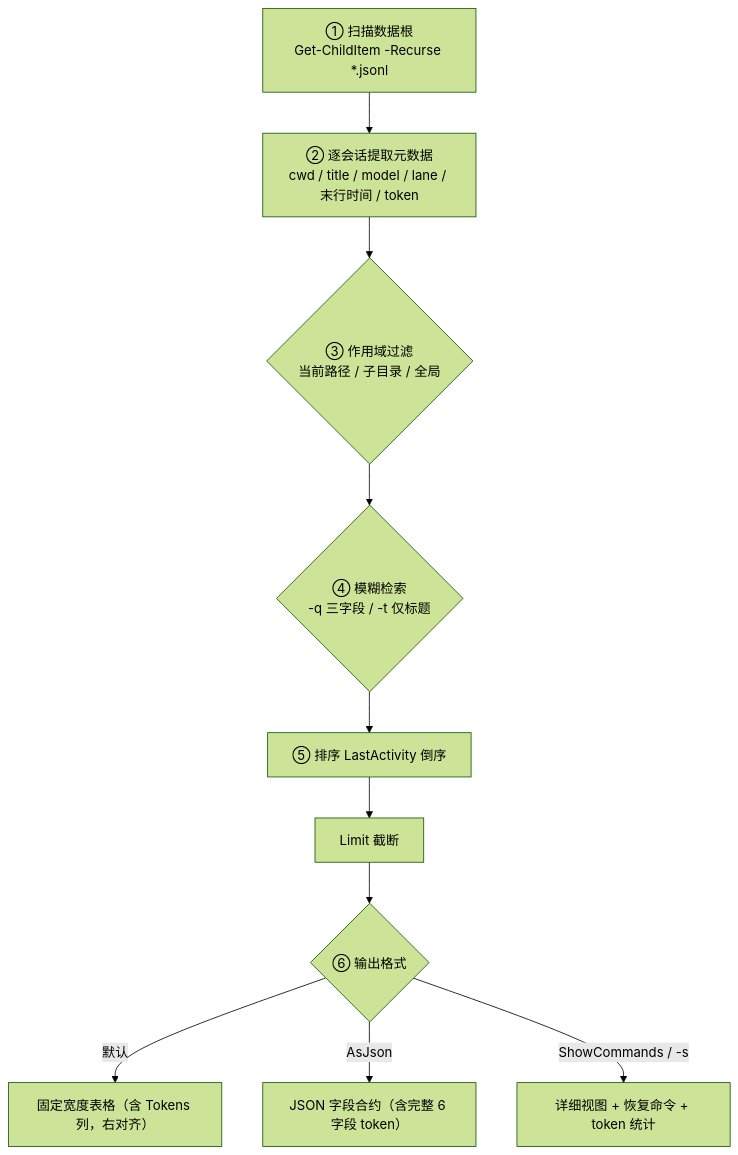
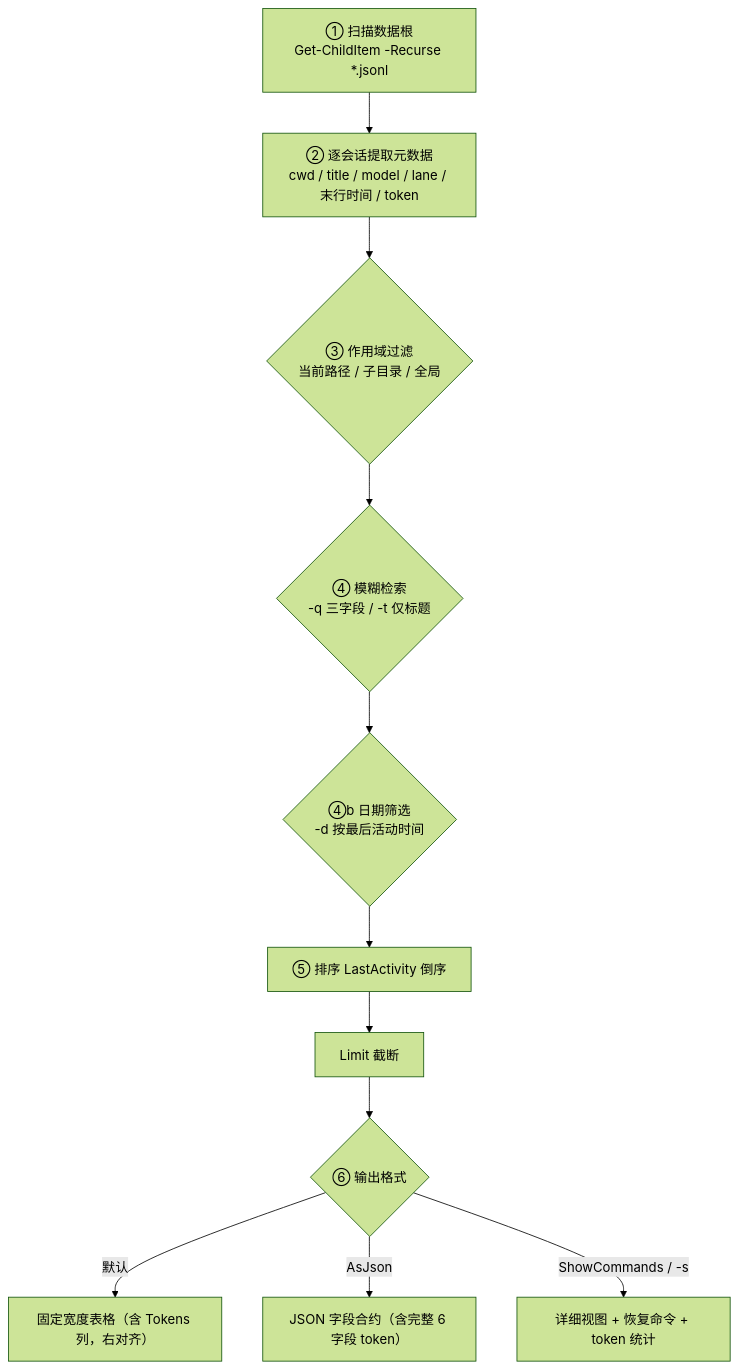
The second of 2 diagrams in README.md (iuuunlyk/AgentSessionQuery), drawn with Mermaid (forest theme) before and after one commit. The commit also changed other lines of this file and 2 other files, not shown here.

````diff
--- a/README.md
+++ b/README.md
@@ -197,12 +204,13 @@
 ```mermaid
 flowchart TD
     S["① 扫描数据根<br/>Get-ChildItem -Recurse *.jsonl"] --> E["② 逐会话提取元数据<br/>cwd / title / model / lane / 末行时间 / token"]
     E --> F1{"③ 作用域过滤<br/>当前路径 / 子目录 / 全局"}
     F1 --> F2{"④ 模糊检索<br/>-q 三字段 / -t 仅标题"}
-    F2 --> O["⑤ 排序 LastActivity 倒序"]
+    F2 --> F3{"④b 日期筛选<br/>-d 按最后活动时间"}
+    F3 --> O["⑤ 排序 LastActivity 倒序"]
     O --> L["Limit 截断"]
     L --> R{"⑥ 输出格式"}
     R -->|默认| T["固定宽度表格（含 Tokens 列，右对齐）"]
     R -->|AsJson| J["JSON 字段合约（含完整 6 字段 token）"]
     R -->|ShowCommands / -s| V["详细视图 + 恢复命令 + token 统计"]
 ```
````
